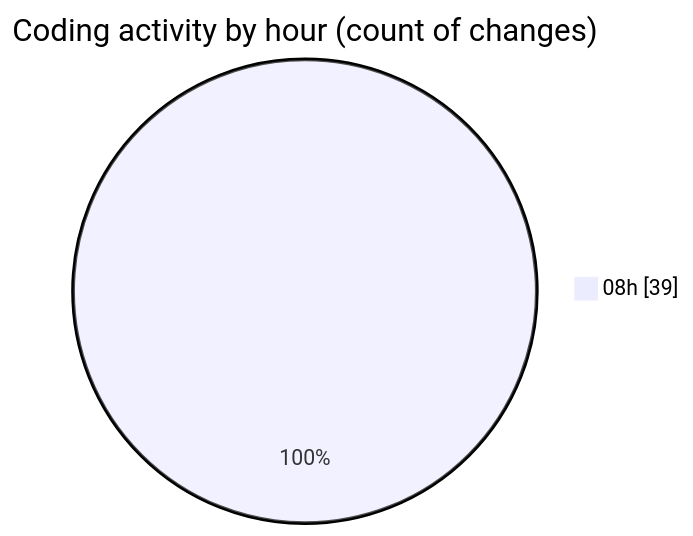
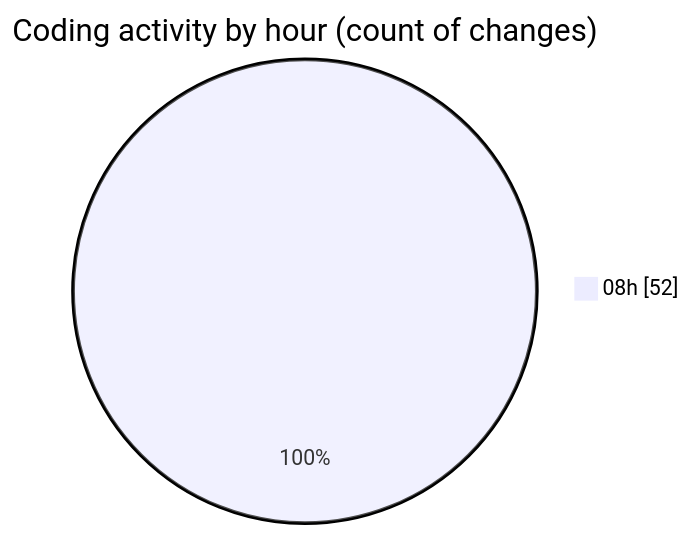
The second of 2 diagrams in 2025-04-29/c-masm/README.md (charlie-sans/code-tracking), drawn with Mermaid before and after one commit. The commit also changed other lines of this file and 1 other file, not shown here.

````diff
--- a/2025-04-29/c-masm/README.md
+++ b/2025-04-29/c-masm/README.md
@@ -41,5 +47,5 @@
 ```mermaid
 pie showData
 title Coding activity by hour (count of changes)
-"08h" : 39
+"08h" : 52
 ```
````
